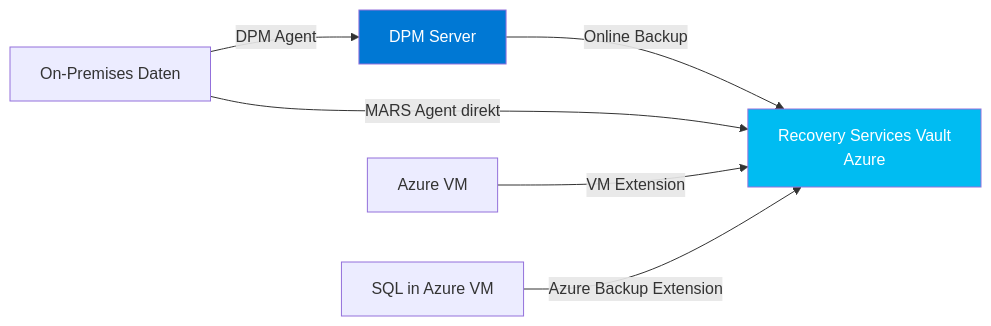
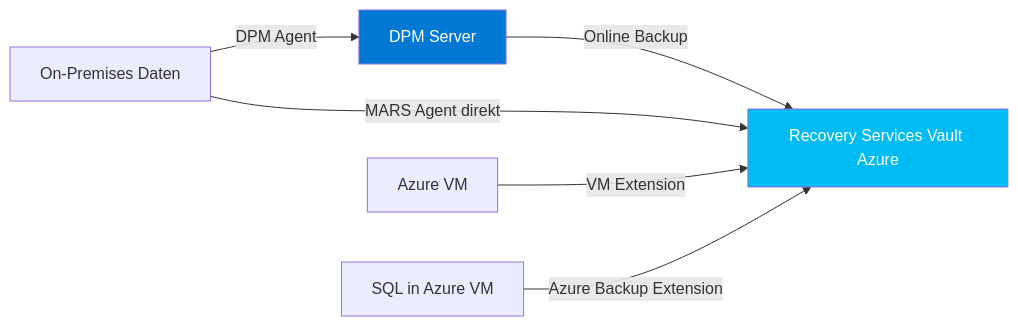
One commit to SoniiiT/notes-n-docs changed the third of 3 diagrams in Microsoft 365/System Center/DPM Grundlagen.md. Above: the diagram before and after it, drawn with Mermaid. The commit also changed other lines of this file and 124 other files, not shown here.

First line of the commit message:
fix: Entferne \n aus allen Mermaid-Diagrammen (125 Dateien)

````diff
--- a/Microsoft 365/System Center/DPM Grundlagen.md
+++ b/Microsoft 365/System Center/DPM Grundlagen.md
@@ -140,11 +140,11 @@
 ```mermaid
 graph LR
     ONPREM[On-Premises Daten] -->|DPM Agent| DPM[DPM Server]
-    DPM -->|Online Backup| VAULT[Recovery Services Vault\nAzure]
+    DPM -->|Online Backup| VAULT[Recovery Services Vault Azure]
     ONPREM -->|MARS Agent direkt| VAULT
     AZUREVM[Azure VM] -->|VM Extension| VAULT
     SQL[SQL in Azure VM] -->|Azure Backup Extension| VAULT
 
     style VAULT fill:#00BCF2,color:#fff
     style DPM fill:#0078D4,color:#fff
 ```
````
